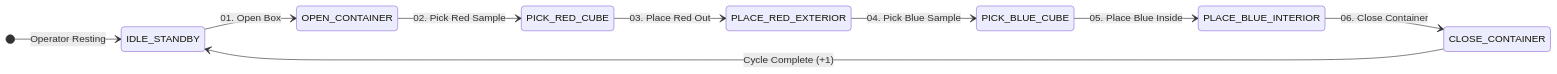
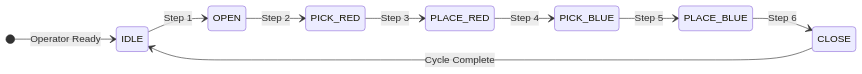
One commit to Aryasurya12/AstroFlow-AI changed the second of 2 diagrams in README.md. Above: the diagram before and after it, drawn with Mermaid. The commit also changed other lines of this file and 1 other file, not shown here.

````diff
--- a/README.md
+++ b/README.md
@@ -73,12 +139,12 @@
 ```mermaid
 stateDiagram-v2
     direction LR
-    [*] --> IDLE_STANDBY: Operator Resting
-    IDLE_STANDBY --> OPEN_CONTAINER: 01. Open Box
-    OPEN_CONTAINER --> PICK_RED_CUBE: 02. Pick Red Sample
-    PICK_RED_CUBE --> PLACE_RED_EXTERIOR: 03. Place Red Out
-    PLACE_RED_EXTERIOR --> PICK_BLUE_CUBE: 04. Pick Blue Sample
-    PICK_BLUE_CUBE --> PLACE_BLUE_INTERIOR: 05. Place Blue Inside
-    PLACE_BLUE_INTERIOR --> CLOSE_CONTAINER: 06. Close Container
-    CLOSE_CONTAINER --> IDLE_STANDBY: Cycle Complete (+1)
+    [*] --> IDLE: Operator Ready
+    IDLE --> OPEN: Step 1
+    OPEN --> PICK_RED: Step 2
+    PICK_RED --> PLACE_RED: Step 3
+    PLACE_RED --> PICK_BLUE: Step 4
+    PICK_BLUE --> PLACE_BLUE: Step 5
+    PLACE_BLUE --> CLOSE: Step 6
+    CLOSE --> IDLE: Cycle Complete
 ```
````
